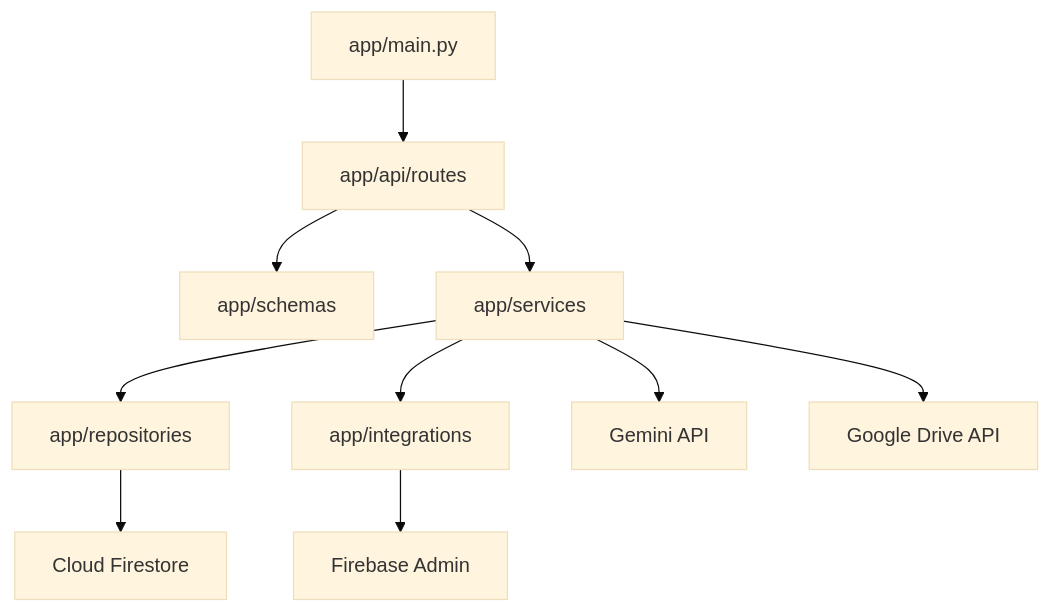
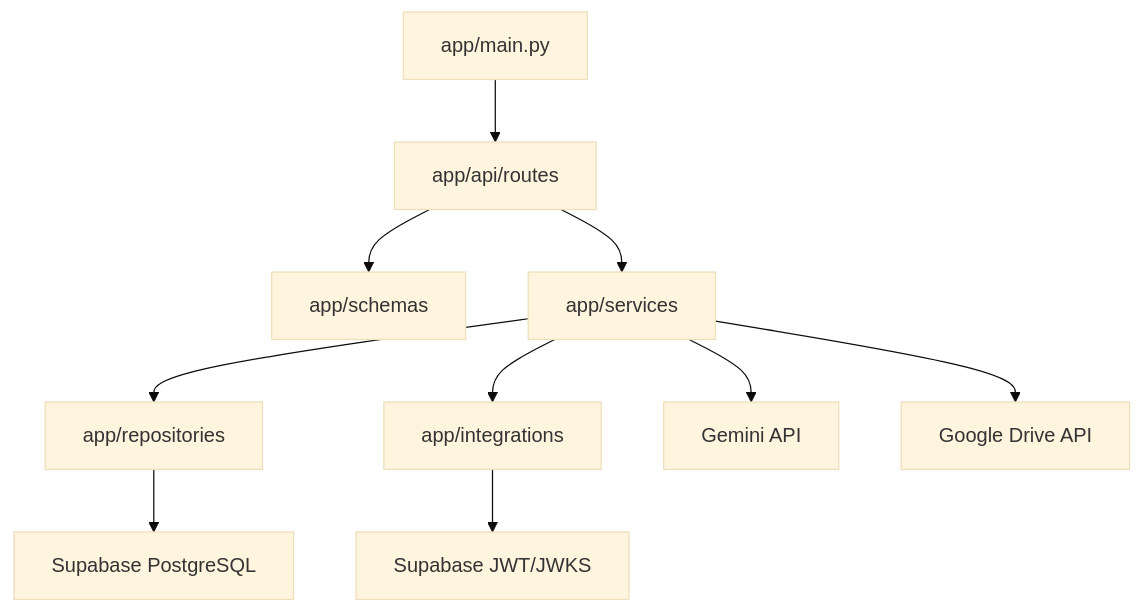
Before and after one commit to TechFutureAIFPT/TechFutureAI: the third of 4 diagrams in Document/01-Tai-Lieu-Du-An/02-kien-truc-he-thong.md, drawn with Mermaid (base theme). The commit also changed other lines of this file and 26 other files, not shown here.

````diff
--- a/Document/01-Tai-Lieu-Du-An/02-kien-truc-he-thong.md
+++ b/Document/01-Tai-Lieu-Du-An/02-kien-truc-he-thong.md
@@ -87,12 +87,12 @@
 ```mermaid
 flowchart TB
     MAIN["app/main.py"] --> ROUTES["app/api/routes"]
     ROUTES --> SCHEMAS["app/schemas"]
     ROUTES --> SERVICES["app/services"]
     SERVICES --> REPOS["app/repositories"]
     SERVICES --> INTEG["app/integrations"]
-    REPOS --> FIRESTORE["Cloud Firestore"]
-    INTEG --> FIREBASE["Firebase Admin"]
+    REPOS --> POSTGRES["Supabase PostgreSQL"]
+    INTEG --> SUPABASE["Supabase JWT/JWKS"]
     SERVICES --> GEMINI["Gemini API"]
     SERVICES --> DRIVE["Google Drive API"]
 ```
````
